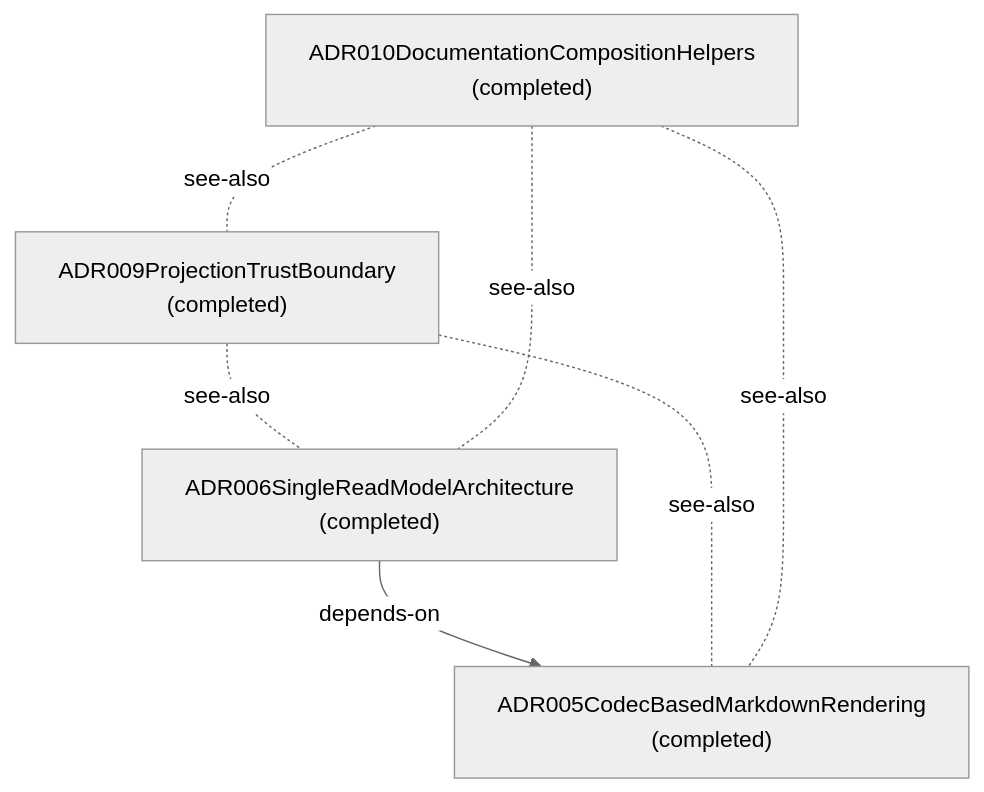
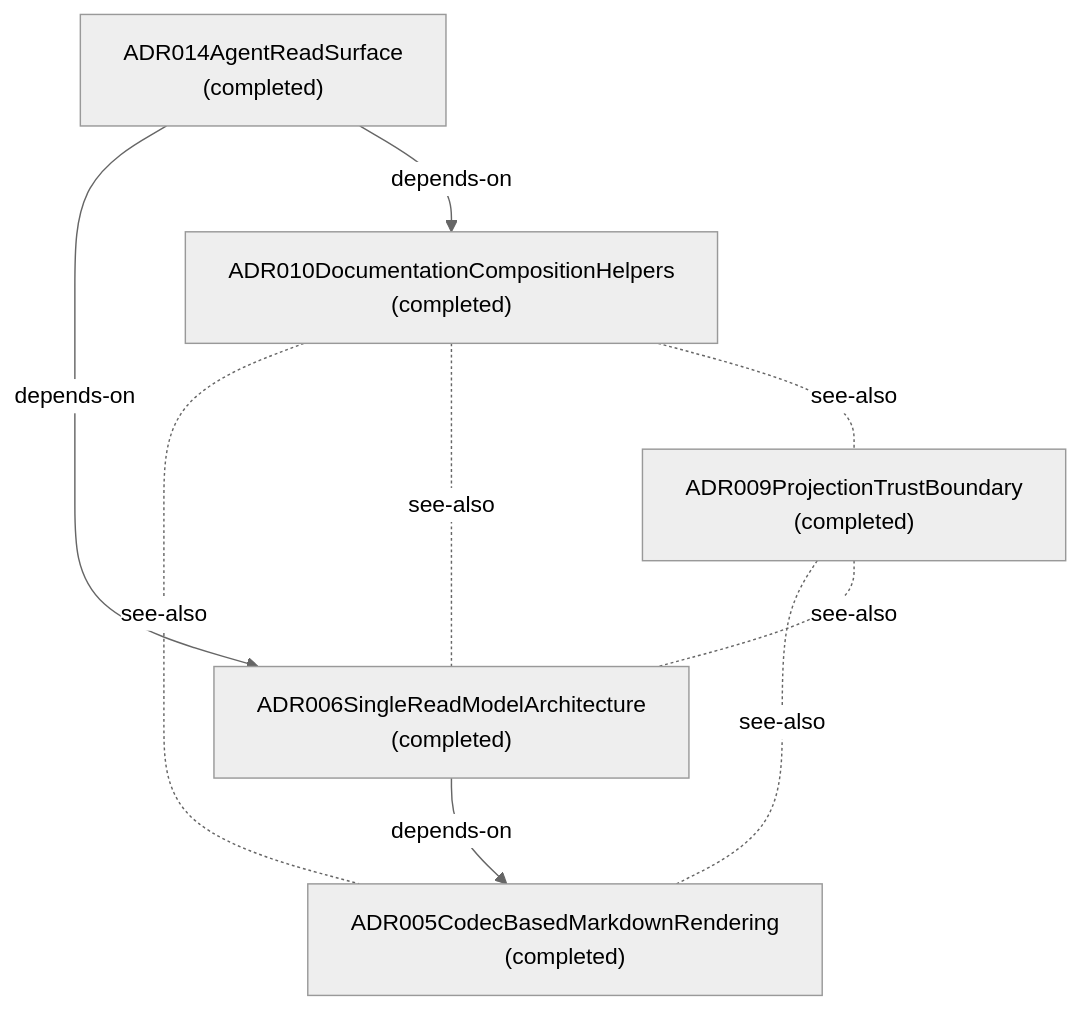
The fourth of 6 diagrams in docs-live/design-review/by-theme.md (libar-dev/architect), drawn with Mermaid (neutral theme) before and after one commit. The commit also changed other lines of this file and 21 other files, not shown here.

First line of the commit message:
docs(live): regenerate docs-live from the reshaped graph

````diff
--- a/docs-live/design-review/by-theme.md
+++ b/docs-live/design-review/by-theme.md
@@ -48,13 +48,16 @@
 ```mermaid
 graph TD
   adr005codecbasedmarkdownrendering["ADR005CodecBasedMarkdownRendering<br/>(completed)"]
   adr006singlereadmodelarchitecture["ADR006SingleReadModelArchitecture<br/>(completed)"]
   adr009projectiontrustboundary["ADR009ProjectionTrustBoundary<br/>(completed)"]
   adr010documentationcompositionhelpers["ADR010DocumentationCompositionHelpers<br/>(completed)"]
+  adr014agentreadsurface["ADR014AgentReadSurface<br/>(completed)"]
   adr006singlereadmodelarchitecture -->|depends-on| adr005codecbasedmarkdownrendering
   adr009projectiontrustboundary -. see-also .- adr005codecbasedmarkdownrendering
   adr009projectiontrustboundary -. see-also .- adr006singlereadmodelarchitecture
   adr010documentationcompositionhelpers -. see-also .- adr005codecbasedmarkdownrendering
   adr010documentationcompositionhelpers -. see-also .- adr006singlereadmodelarchitecture
   adr010documentationcompositionhelpers -. see-also .- adr009projectiontrustboundary
+  adr014agentreadsurface -->|depends-on| adr006singlereadmodelarchitecture
+  adr014agentreadsurface -->|depends-on| adr010documentationcompositionhelpers
 ```
````
